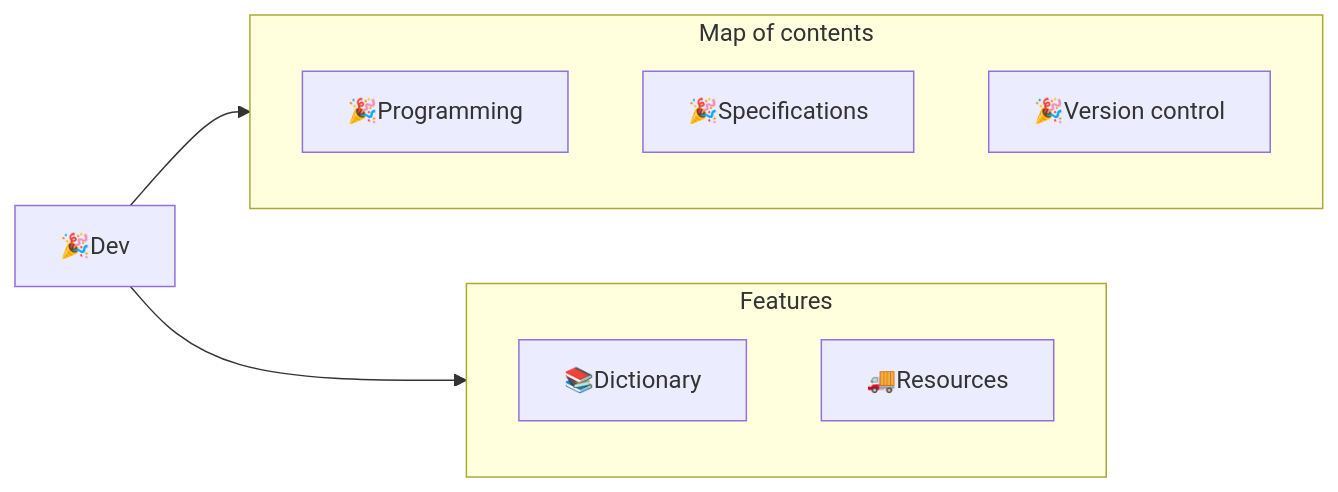
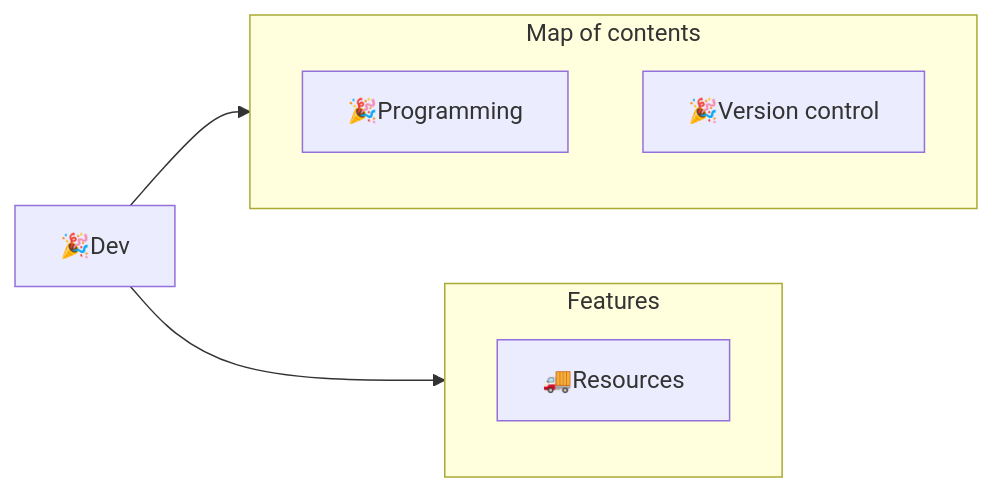
The diagram in content/Develop/Trees/Dev/🎉Dev.md (mindulle/garden), drawn with Mermaid before and after one commit. The commit also changed other lines of this file and 36 other files, not shown here.

````diff
--- a/content/Develop/Trees/Dev/🎉Dev.md
+++ b/content/Develop/Trees/Dev/🎉Dev.md
@@ -23,15 +23,13 @@
 ```mermaid
 flowchart LR
 	HERE[&#127881Dev]
 	subgraph Content[Map of contents]
 		programming[&#127881Programming]
-		specifications[&#127881Specifications]
 		versionControl[&#127881Version control]
 	end
 	subgraph Features
-		dictionary[&#128218Dictionary]
 		resources[&#128666Resources]
 	end
 	HERE --> Content
 	HERE --> Features
 ```
````
